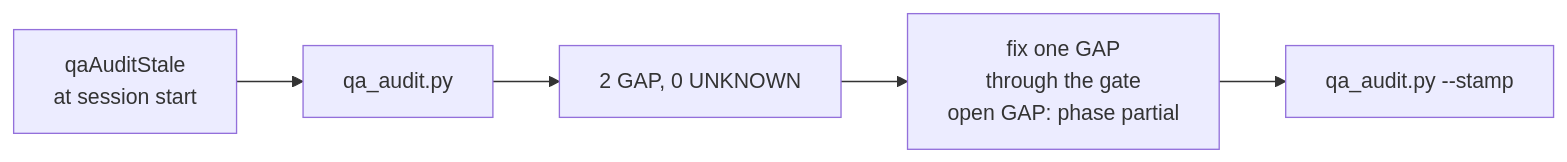
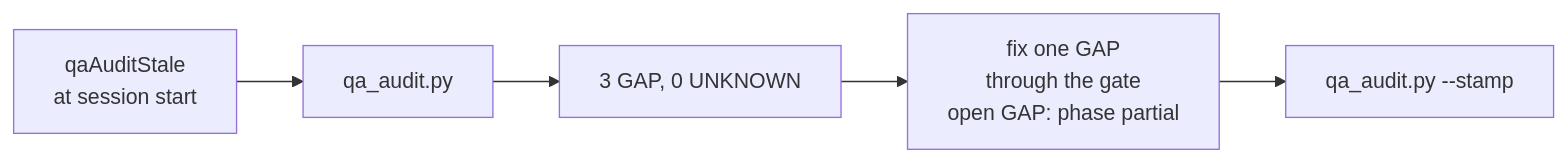
Before and after one commit to mbadali25/useful-claude-add-ons: diagram 34 of 37 in docs/diagrams/README.md, drawn with Mermaid. The commit also changed other lines of this file and 11 other files, not shown here.

First line of the commit message:
L-0713 follow-up: refresh the diagrams /crew:done named stale

````diff
--- a/docs/diagrams/README.md
+++ b/docs/diagrams/README.md
@@ -1279,7 +1281,7 @@
 ```mermaid
 flowchart LR
   trig["qaAuditStale<br/>at session start"] --> run["qa_audit.py"]
-  run --> result["2 GAP, 0 UNKNOWN"]
+  run --> result["3 GAP, 0 UNKNOWN"]
   result --> act["fix one GAP<br/>through the gate<br/>open GAP: phase partial"]
   act --> stamp["qa_audit.py --stamp"]
 ```
````
